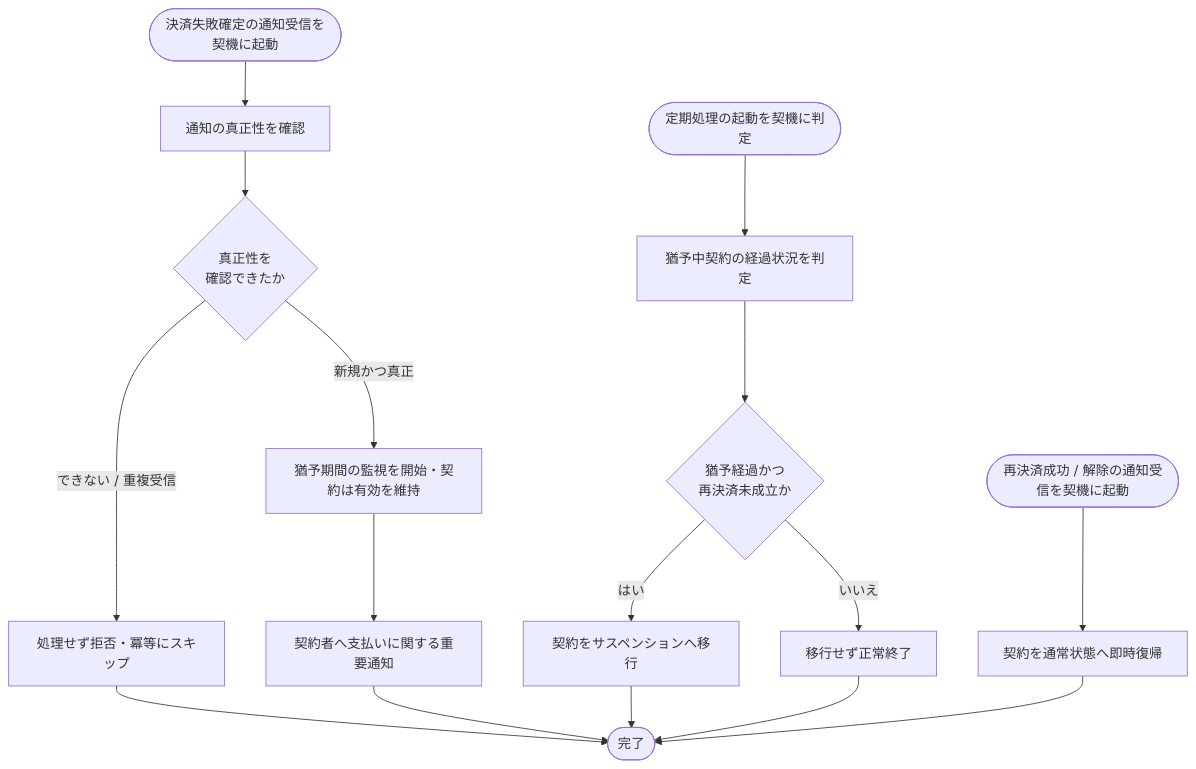
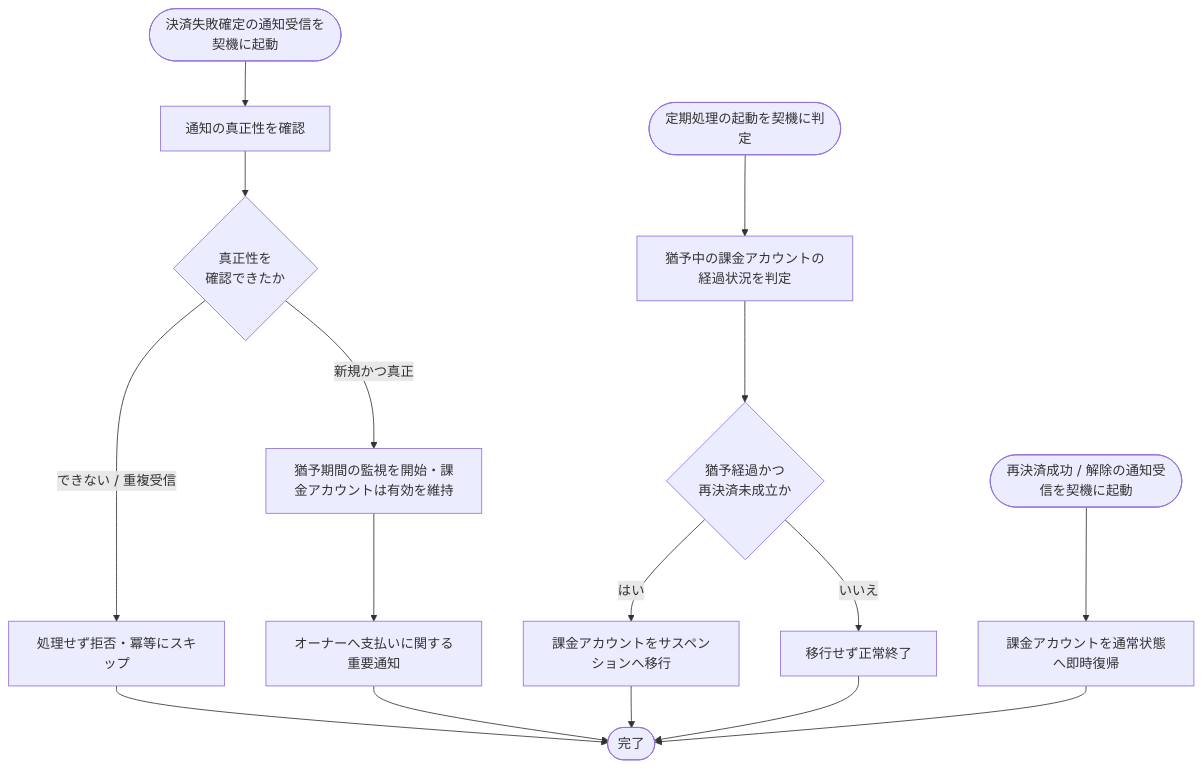
Before and after one commit to sikakou54/open-faq: the diagram in 02_basic_design/02_backend/01_system/SYS-022.md, drawn with Mermaid. The commit also changed other lines of this file and 294 other files, not shown here.

````diff
--- a/02_basic_design/02_backend/01_system/SYS-022.md
+++ b/02_basic_design/02_backend/01_system/SYS-022.md
@@ -22,18 +22,18 @@
 ```mermaid
 flowchart TB
   S([決済失敗確定の通知受信を契機に起動]) --> A[通知の真正性を確認]
   A --> B{真正性を<br/>確認できたか}
   B -- できない / 重複受信 --> X[処理せず拒否・冪等にスキップ]
   X --> Z([完了])
-  B -- 新規かつ真正 --> C[猶予期間の監視を開始・契約は有効を維持]
-  C --> D[契約者へ支払いに関する重要通知]
+  B -- 新規かつ真正 --> C[猶予期間の監視を開始・課金アカウントは有効を維持]
+  C --> D[オーナーへ支払いに関する重要通知]
   D --> Z
-  SC([定期処理の起動を契機に判定]) --> E[猶予中契約の経過状況を判定]
+  SC([定期処理の起動を契機に判定]) --> E[猶予中の課金アカウントの経過状況を判定]
   E --> F{猶予経過かつ<br/>再決済未成立か}
-  F -- はい --> G[契約をサスペンションへ移行]
+  F -- はい --> G[課金アカウントをサスペンションへ移行]
   F -- いいえ --> H[移行せず正常終了]
   G --> Z
   H --> Z
-  RC([再決済成功 / 解除の通知受信を契機に起動]) --> I[契約を通常状態へ即時復帰]
+  RC([再決済成功 / 解除の通知受信を契機に起動]) --> I[課金アカウントを通常状態へ即時復帰]
   I --> Z
 ```
````
